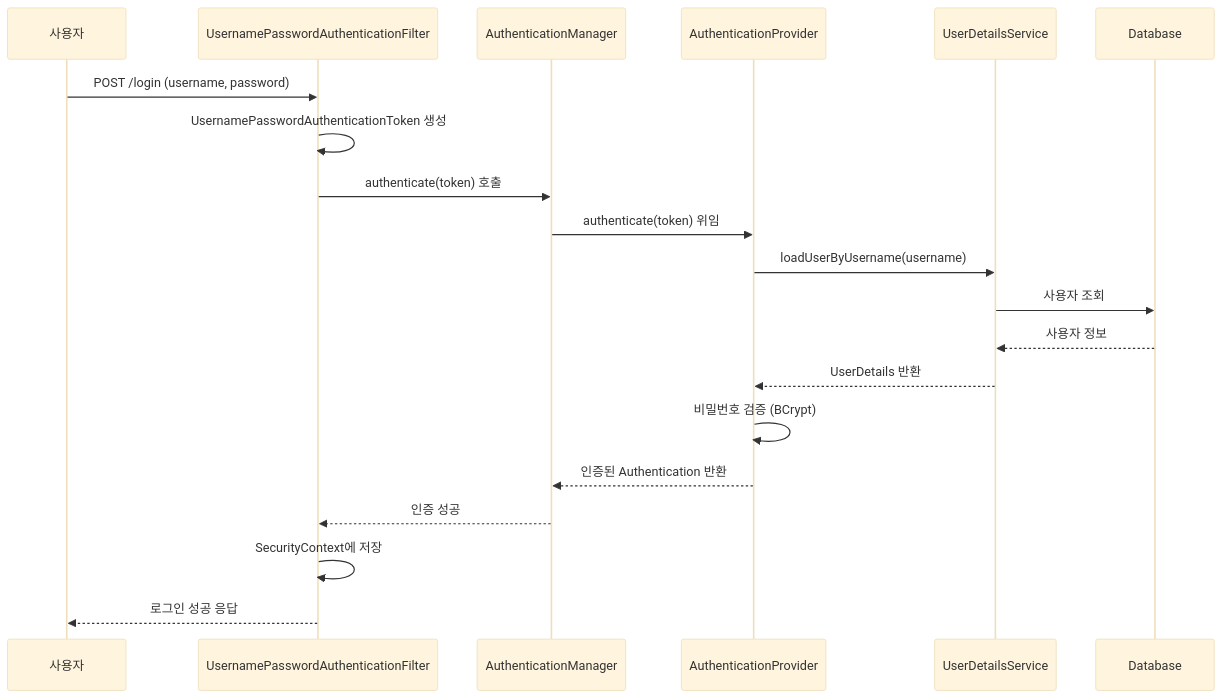
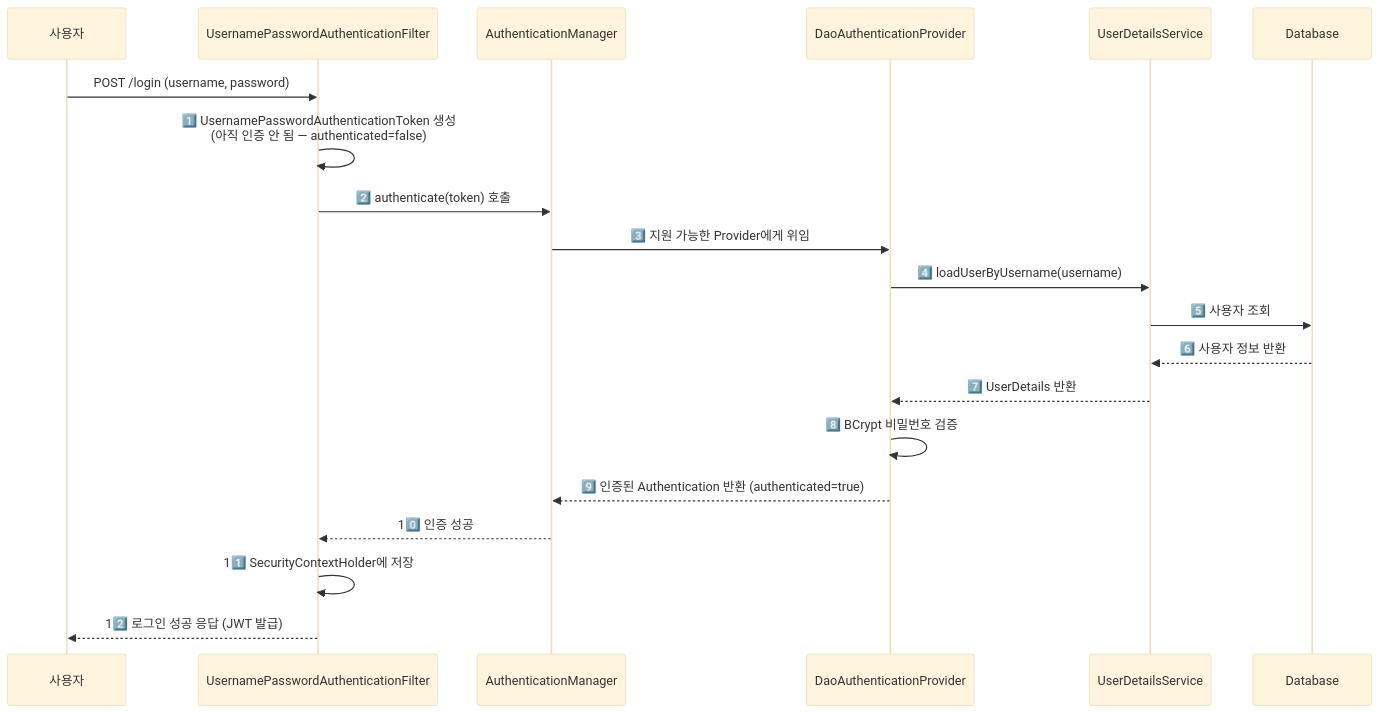
The second of 7 diagrams in _posts/spring/2026-05-02-spring-security-deep.md (yjkim2015/yjkim2015.github.io), drawn with Mermaid (base theme) before and after one commit. The commit also changed other lines of this file and 92 other files, not shown here.

First line of the commit message:
Major quality rewrite: 98 files, Mermaid fix, extreme-scenario component

````diff
--- a/_posts/spring/2026-05-02-spring-security-deep.md
+++ b/_posts/spring/2026-05-02-spring-security-deep.md
@@ -98,23 +135,23 @@
 ```mermaid
 sequenceDiagram
     participant U as 사용자
     participant F as UsernamePasswordAuthenticationFilter
     participant AM as AuthenticationManager
-    participant AP as AuthenticationProvider
+    participant AP as DaoAuthenticationProvider
     participant UDS as UserDetailsService
     participant DB as Database
 
     U->>F: POST /login (username, password)
-    F->>F: UsernamePasswordAuthenticationToken 생성
-    F->>AM: authenticate(token) 호출
-    AM->>AP: authenticate(token) 위임
-    AP->>UDS: loadUserByUsername(username)
-    UDS->>DB: 사용자 조회
-    DB-->>UDS: 사용자 정보
-    UDS-->>AP: UserDetails 반환
-    AP->>AP: 비밀번호 검증 (BCrypt)
-    AP-->>AM: 인증된 Authentication 반환
-    AM-->>F: 인증 성공
-    F->>F: SecurityContext에 저장
-    F-->>U: 로그인 성공 응답
+    F->>F: 1️⃣ UsernamePasswordAuthenticationToken 생성<br>(아직 인증 안 됨 — authenticated=false)
+    F->>AM: 2️⃣ authenticate(token) 호출
+    AM->>AP: 3️⃣ 지원 가능한 Provider에게 위임
+    AP->>UDS: 4️⃣ loadUserByUsername(username)
+    UDS->>DB: 5️⃣ 사용자 조회
+    DB-->>UDS: 6️⃣ 사용자 정보 반환
+    UDS-->>AP: 7️⃣ UserDetails 반환
+    AP->>AP: 8️⃣ BCrypt 비밀번호 검증
+    AP-->>AM: 9️⃣ 인증된 Authentication 반환 (authenticated=true)
+    AM-->>F: 10️⃣ 인증 성공
+    F->>F: 11️⃣ SecurityContextHolder에 저장
+    F-->>U: 12️⃣ 로그인 성공 응답 (JWT 발급)
 ```
````
